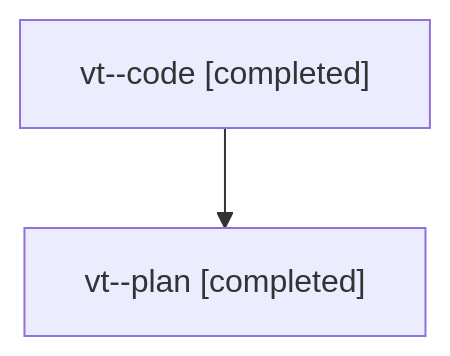
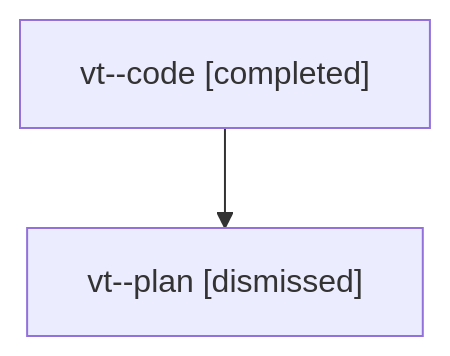
The diagram in families/bbugyi200.athena.vt.md (sase-org/sase--agents), drawn with Mermaid before and after one commit. The commit also changed other lines of this file and 1475 other files, not shown here.

````diff
--- a/families/bbugyi200.athena.vt.md
+++ b/families/bbugyi200.athena.vt.md
@@ -9,6 +9,6 @@
 ```mermaid
 flowchart TD
   n0["vt--code [completed]"]
-  n1["vt--plan [completed]"]
+  n1["vt--plan [dismissed]"]
   n0 --> n1
 ```
````
